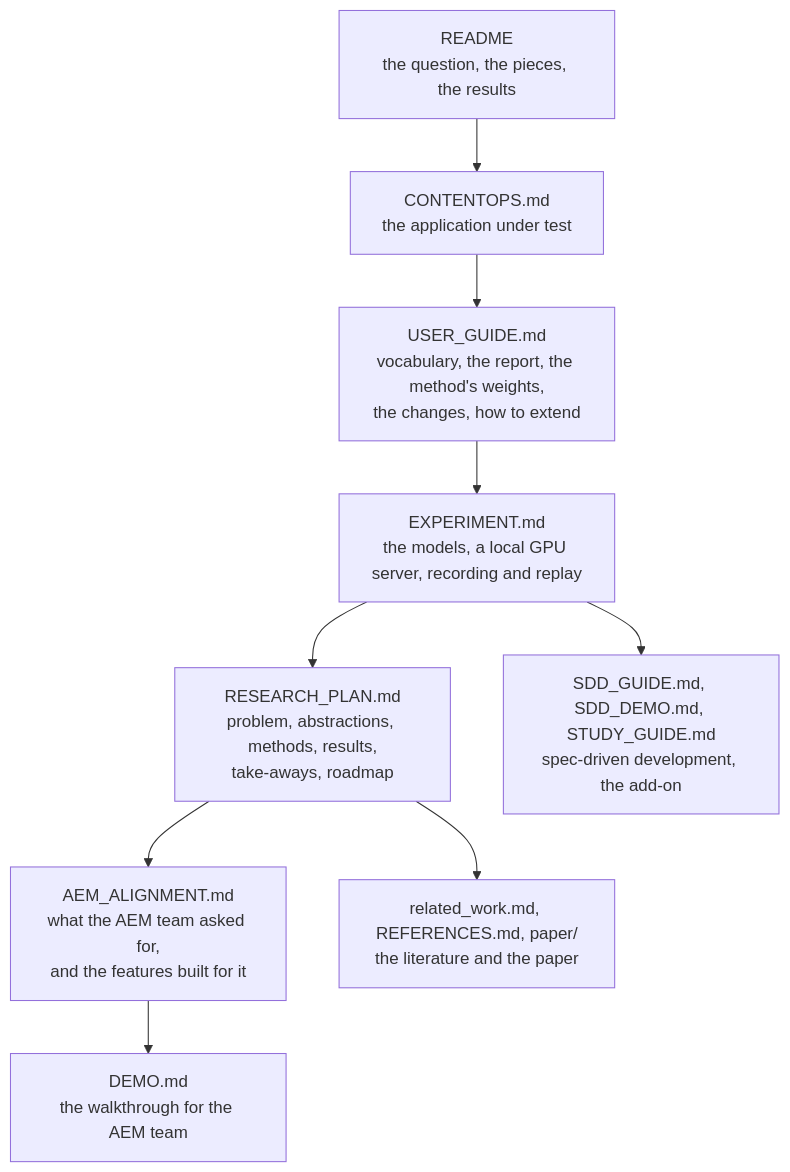
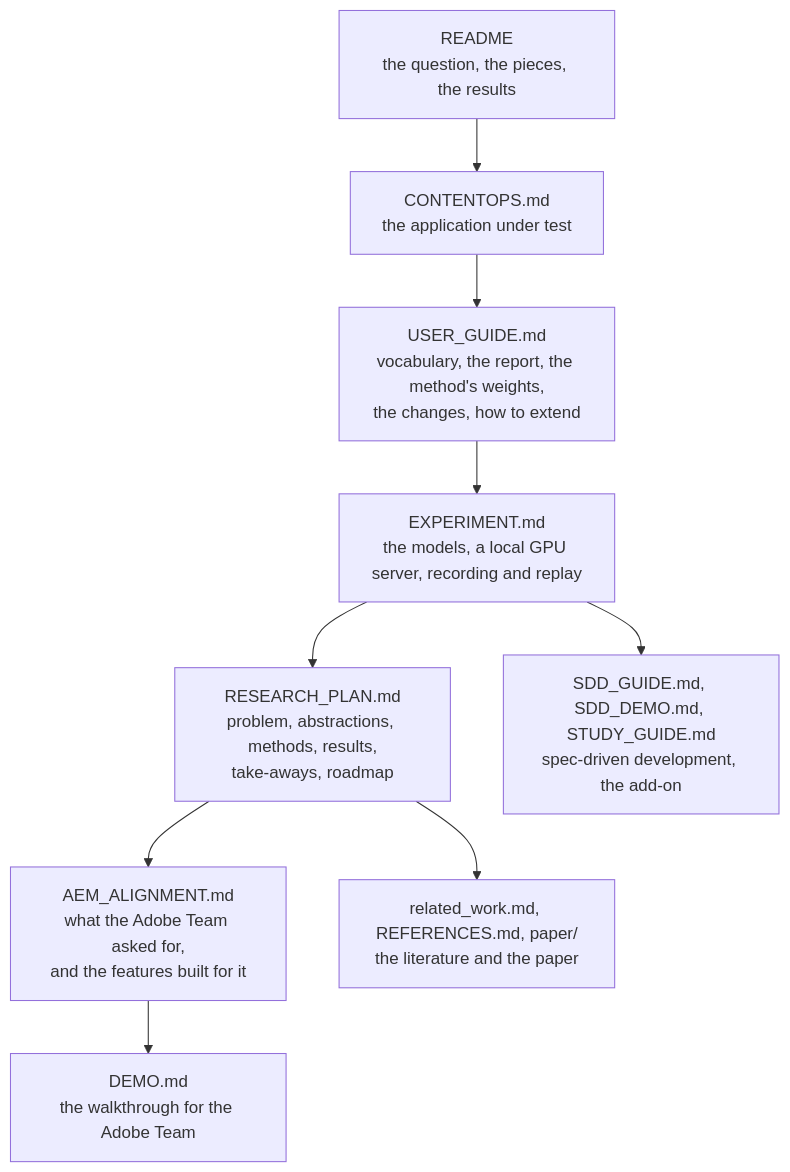
Before and after one commit to unibuc-cs/TestingTheAgents: the diagram in trace-eval/docs/README.md, drawn with Mermaid. The commit also changed other lines of this file and 10 other files, not shown here.

Commit message:
The Adobe Team, named so everywhere: documents, paper and the comments that cite them

````diff
--- a/trace-eval/docs/README.md
+++ b/trace-eval/docs/README.md
@@ -22,11 +22,11 @@
 ```mermaid
 flowchart TD
     R["README<br/>the question, the pieces, the results"] --> A["CONTENTOPS.md<br/>the application under test"]
     A --> U["USER_GUIDE.md<br/>vocabulary, the report, the method's weights,<br/>the changes, how to extend"]
     U --> X["EXPERIMENT.md<br/>the models, a local GPU server, recording and replay"]
     X --> P["RESEARCH_PLAN.md<br/>problem, abstractions, methods, results,<br/>take-aways, roadmap"]
-    P --> M["AEM_ALIGNMENT.md<br/>what the AEM team asked for,<br/>and the features built for it"]
-    M --> D["DEMO.md<br/>the walkthrough for the AEM team"]
+    P --> M["AEM_ALIGNMENT.md<br/>what the Adobe Team asked for,<br/>and the features built for it"]
+    M --> D["DEMO.md<br/>the walkthrough for the Adobe Team"]
     X --> S["SDD_GUIDE.md, SDD_DEMO.md, STUDY_GUIDE.md<br/>spec-driven development, the add-on"]
     P --> W["related_work.md, REFERENCES.md, paper/<br/>the literature and the paper"]
 ```
````
